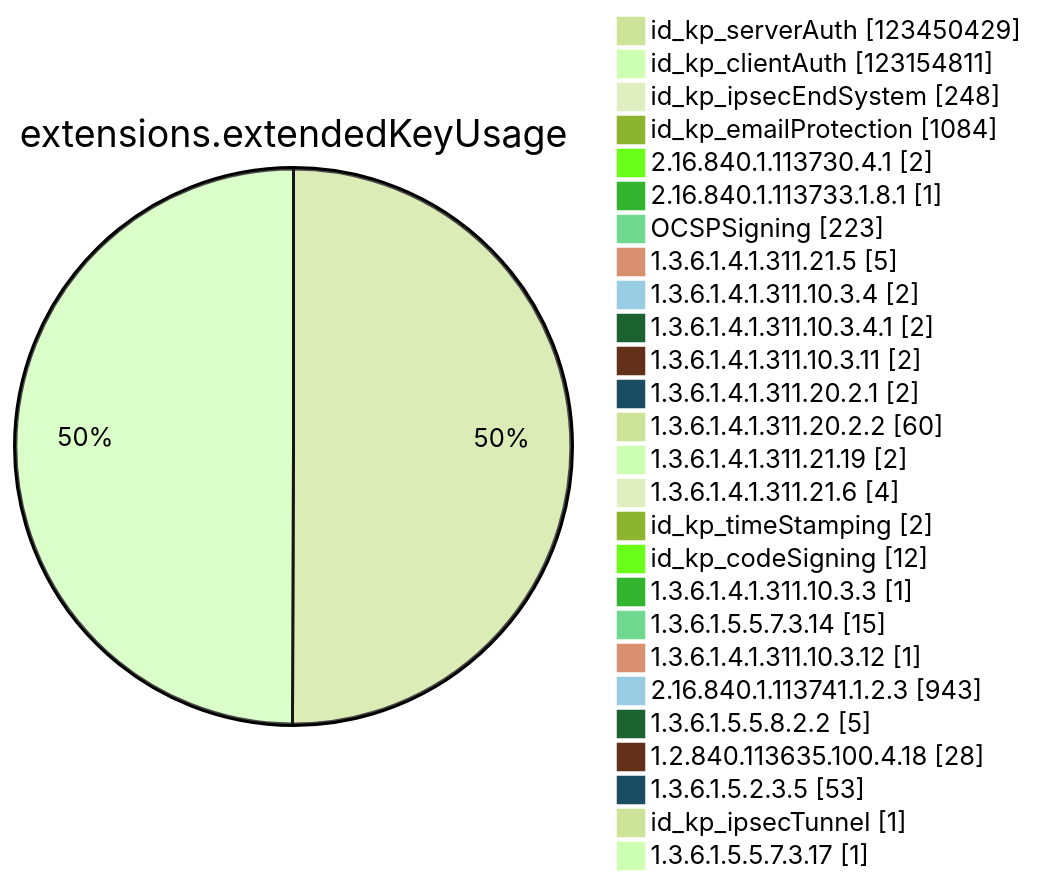
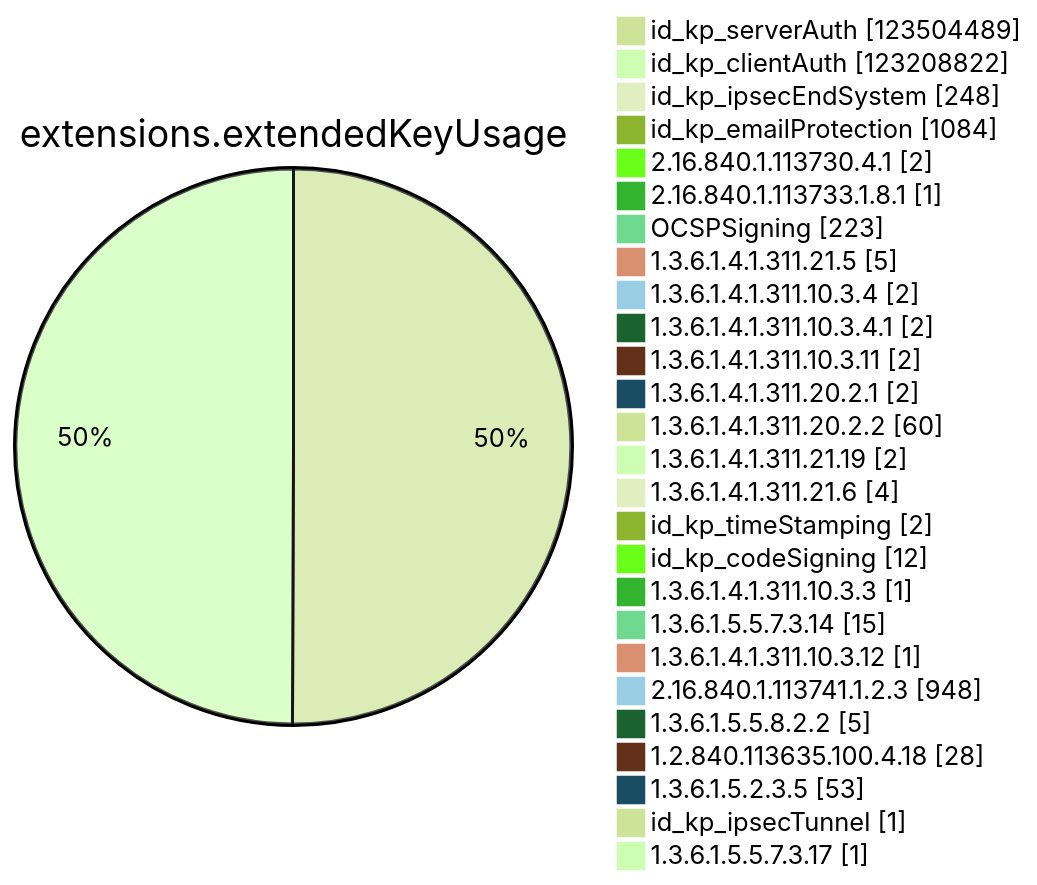
Diagram 11 of 15 in xenon2023/README.md (christiankrug/ctmonitor_visualization), drawn with Mermaid (forest theme) before and after one commit. The commit also changed other lines of this file, not shown here.

````diff
--- a/xenon2023/README.md
+++ b/xenon2023/README.md
@@ -2688,30 +2688,30 @@
 ```mermaid
 pie showData
 title extensions.extendedKeyUsage
-"id_kp_serverAuth" :123450429
-"id_kp_clientAuth" :123154811
+"id_kp_serverAuth" :123504489
+"id_kp_clientAuth" :123208822
 "id_kp_ipsecEndSystem" :248
 "id_kp_emailProtection" :1084
 "2.16.840.1.113730.4.1" :2
 "2.16.840.1.113733.1.8.1" :1
 "OCSPSigning" :223
 "1.3.6.1.4.1.311.21.5" :5
 "1.3.6.1.4.1.311.10.3.4" :2
 "1.3.6.1.4.1.311.10.3.4.1" :2
 "1.3.6.1.4.1.311.10.3.11" :2
 "1.3.6.1.4.1.311.20.2.1" :2
 "1.3.6.1.4.1.311.20.2.2" :60
 "1.3.6.1.4.1.311.21.19" :2
 "1.3.6.1.4.1.311.21.6" :4
 "id_kp_timeStamping" :2
 "id_kp_codeSigning" :12
 "1.3.6.1.4.1.311.10.3.3" :1
 "1.3.6.1.5.5.7.3.14" :15
 "1.3.6.1.4.1.311.10.3.12" :1
-"2.16.840.1.113741.1.2.3" :943
+"2.16.840.1.113741.1.2.3" :948
 "1.3.6.1.5.5.8.2.2" :5
 "1.2.840.113635.100.4.18" :28
 "1.3.6.1.5.2.3.5" :53
 "id_kp_ipsecTunnel" :1
 "1.3.6.1.5.5.7.3.17" :1
 ```
````
